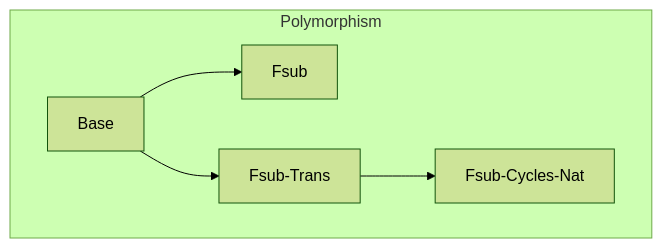
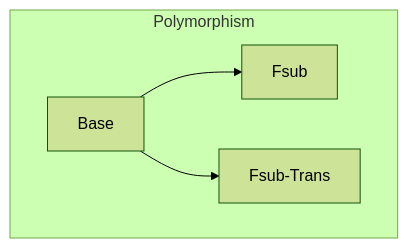
Before and after one commit to TiarkRompf/reachability: the diagram in polymorphism/README.md, drawn with Mermaid (forest theme). The commit also changed other lines of this file and 16 other files, not shown here.

````diff
--- a/polymorphism/README.md
+++ b/polymorphism/README.md
@@ -12,12 +11,10 @@
 ```mermaid
 graph TD
     subgraph poly[Polymorphism]
       Base
       Fsub
 	  Fsub-Trans
-	  Fsub-Cycles-Nat
     end
     Base-->Fsub
 	Base-->Fsub-Trans
-	Fsub-Trans-->Fsub-Cycles-Nat
 ```
````
